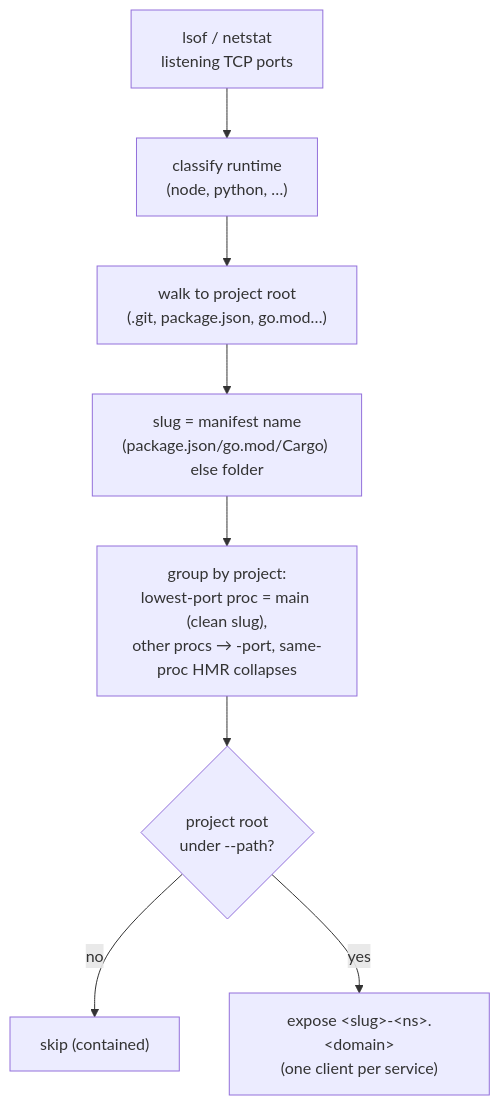
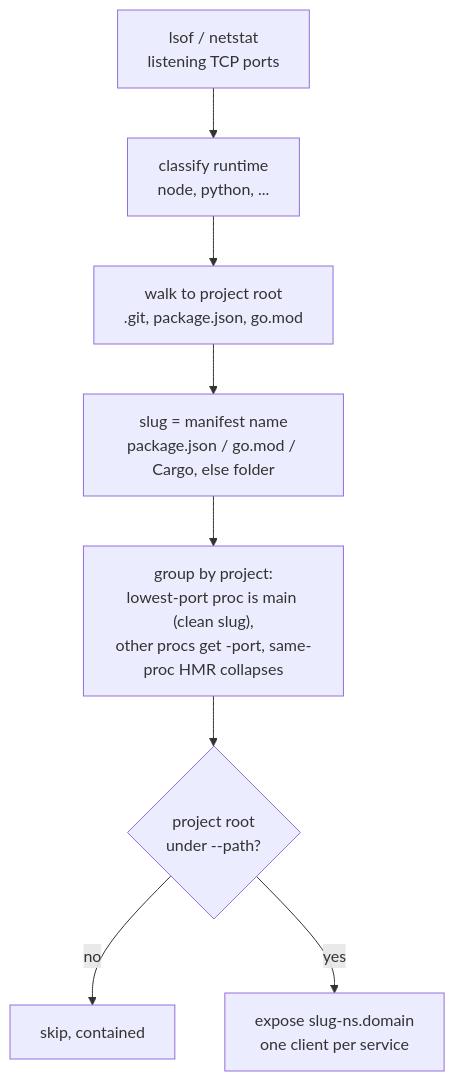
Before and after one commit to ur-link/tunnel: the fifth of 5 diagrams in docs/architecture.md, drawn with Mermaid. The commit also changed other lines of this file and 2 other files, not shown here.

First line of the commit message:
docs: put one-command Get Started at top of README; fix all Mermaid

````diff
--- a/docs/architecture.md
+++ b/docs/architecture.md
@@ -150,10 +150,10 @@
 ```mermaid
 flowchart TD
-  SC["lsof / netstat<br/>listening TCP ports"] --> CR["classify runtime<br/>(node, python, …)"]
-  CR --> PR["walk to project root<br/>(.git, package.json, go.mod…)"]
-  PR --> SL["slug = manifest name<br/>(package.json/go.mod/Cargo) else folder"]
-  SL --> GP["group by project:<br/>lowest-port proc = main (clean slug),<br/>other procs → -port, same-proc HMR collapses"]
+  SC["lsof / netstat<br/>listening TCP ports"] --> CR["classify runtime<br/>node, python, ..."]
+  CR --> PR["walk to project root<br/>.git, package.json, go.mod"]
+  PR --> SL["slug = manifest name<br/>package.json / go.mod / Cargo, else folder"]
+  SL --> GP["group by project:<br/>lowest-port proc is main (clean slug),<br/>other procs get -port, same-proc HMR collapses"]
   GP --> PF{"project root<br/>under --path?"}
-  PF -->|no| SK["skip (contained)"]
-  PF -->|yes| EX["expose &lt;slug&gt;-&lt;ns&gt;.&lt;domain&gt;<br/>(one client per service)"]
+  PF -->|no| SK["skip, contained"]
+  PF -->|yes| EX["expose slug-ns.domain<br/>one client per service"]
 ```
````
